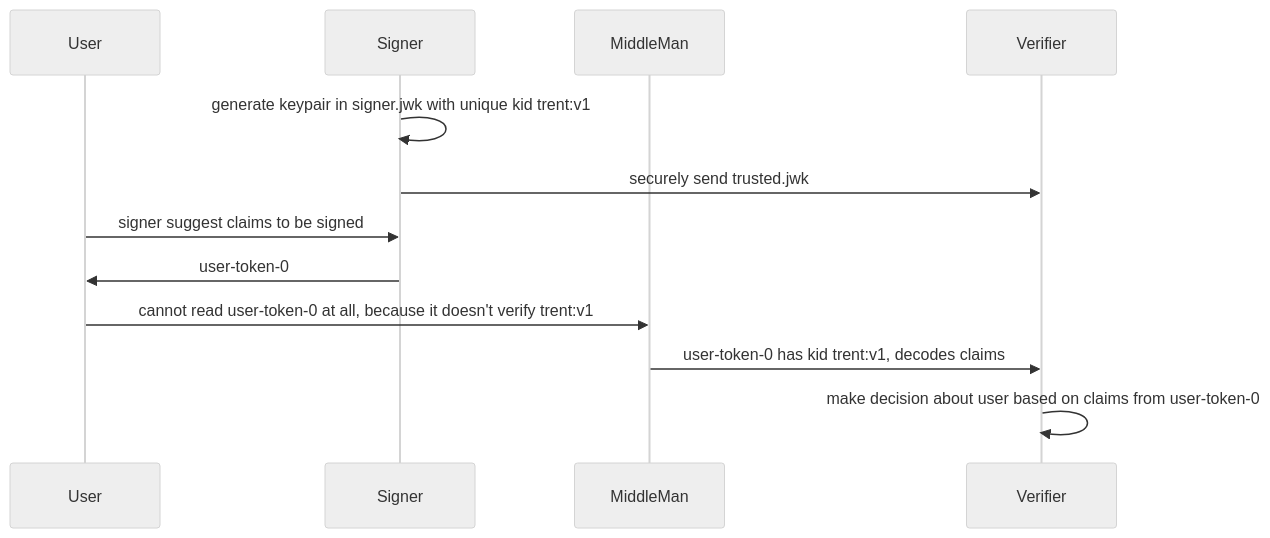
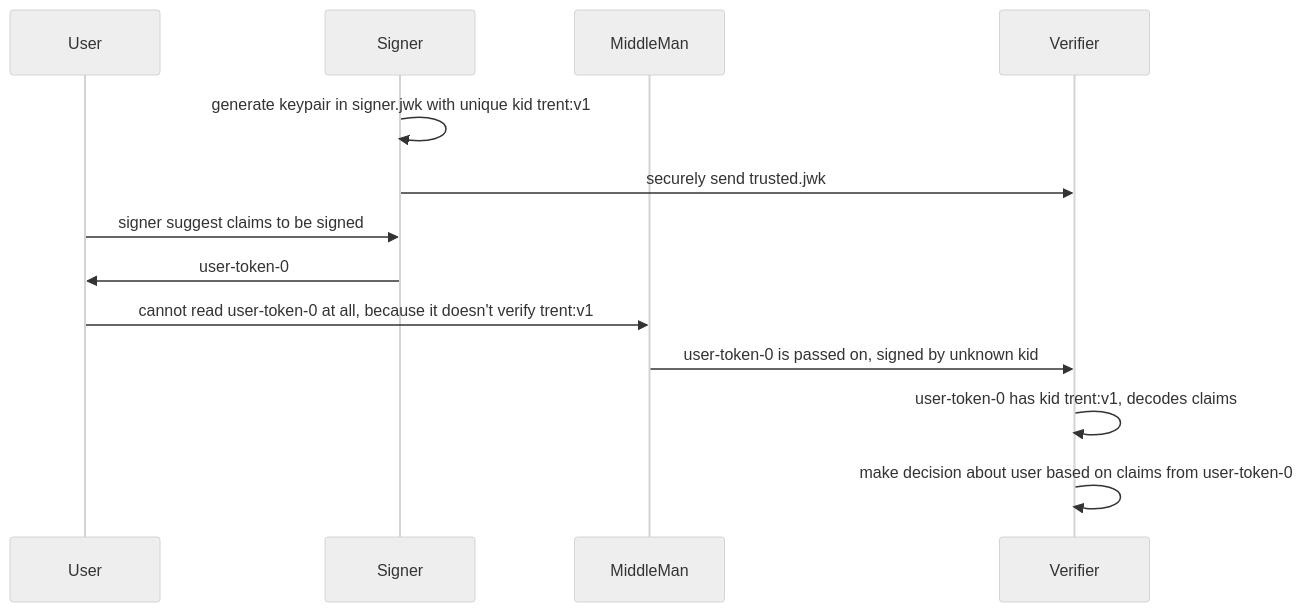
Before and after one commit to rfielding/whiskeyTango: the diagram in README.md, drawn with Mermaid (neutral theme).

Commit message:
add diagram

````diff
--- a/README.md
+++ b/README.md
@@ -23,14 +23,15 @@
 ```mermaid
 sequenceDiagram
   participant User
   participant Signer
   participant MiddleMan
   participant Verifier
   Signer->>Signer: generate keypair in signer.jwk with unique kid trent:v1
   Signer->>Verifier: securely send trusted.jwk
   User->>Signer: signer suggest claims to be signed
   Signer->>User: user-token-0
   User->>MiddleMan: cannot read user-token-0 at all, because it doesn't verify trent:v1
-  MiddleMan->>Verifier: user-token-0 has kid trent:v1, decodes claims
+  MiddleMan->>Verifier: user-token-0 is passed on, signed by unknown kid
+  Verifier->>Verifier: user-token-0 has kid trent:v1, decodes claims
   Verifier->>Verifier: make decision about user based on claims from user-token-0
 ```
````
